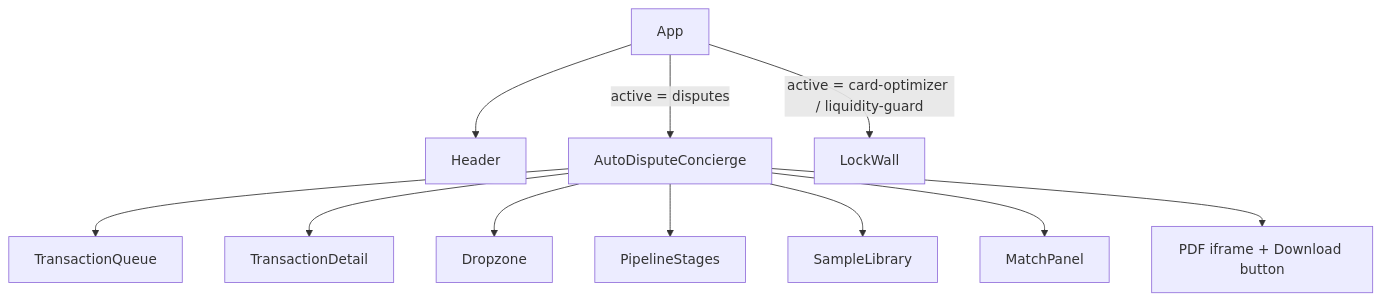
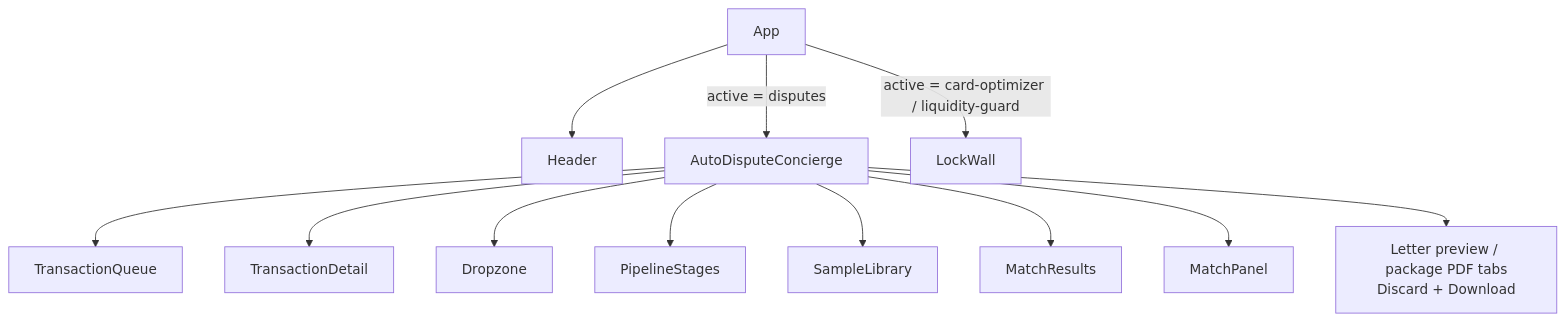
Before and after one commit to rajatrao/payment_intelligence: the third of 7 diagrams in docs/ARCHITECTURE.md, drawn with Mermaid. The commit also changed other lines of this file and 6 other files, not shown here.

````diff
--- a/docs/ARCHITECTURE.md
+++ b/docs/ARCHITECTURE.md
@@ -146,13 +149,14 @@
 ```mermaid
 flowchart TB
     App --> Header
     App -->|"active = disputes"| ADC["AutoDisputeConcierge"]
     App -->|"active = card-optimizer / liquidity-guard"| LockWall
     ADC --> Queue["TransactionQueue"]
     ADC --> Detail["TransactionDetail"]
     ADC --> Dropzone
     ADC --> PipelineStages
     ADC --> SampleLibrary
+    ADC --> MatchResults
     ADC --> MatchPanel
-    ADC --> Preview["PDF iframe + Download button"]
+    ADC --> Preview["Letter preview / package PDF tabs<br/>Discard + Download"]
 ```
````
